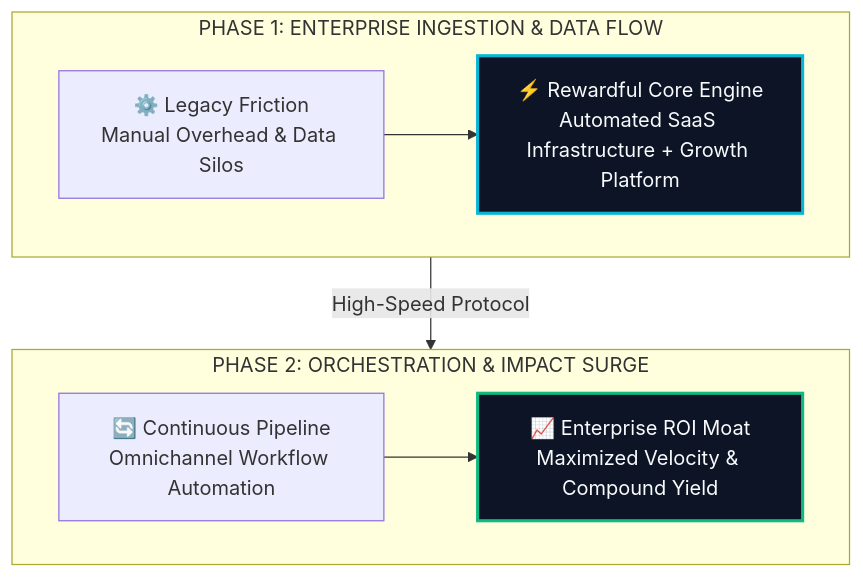
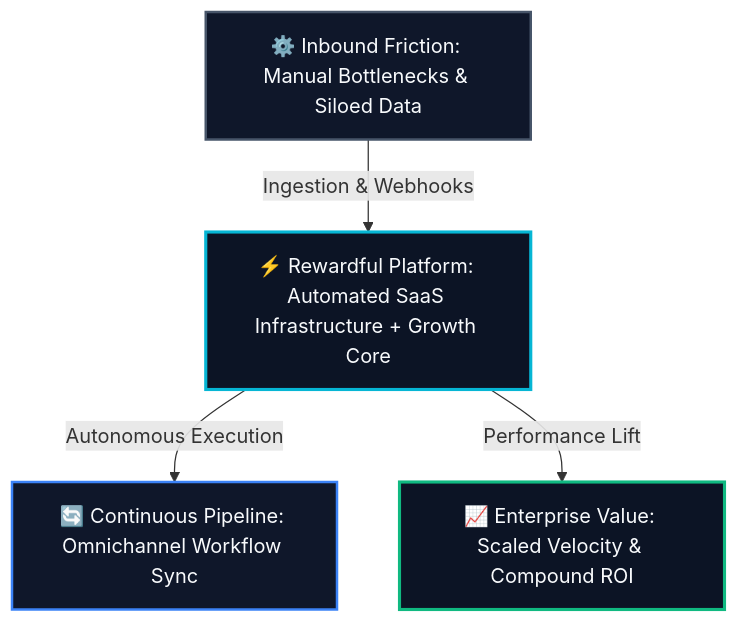
Before and after one commit to heliatech-media/saas-radar: the diagram in site/src/content/blog/rewardful-evolution-guide-2026.md, drawn with Mermaid. The commit also changed 93 other files, not shown here.

First line of the commit message:
fix(diagrams): resolve dagre-d3 subgraph collision by migrating to balanced 3-tier Hub & Spoke architecture

````diff
--- a/site/src/content/blog/rewardful-evolution-guide-2026.md
+++ b/site/src/content/blog/rewardful-evolution-guide-2026.md
@@ -100,14 +100,14 @@
 ```mermaid
 flowchart TD
-    subgraph S1["PHASE 1: ENTERPRISE INGESTION & DATA FLOW"]
-        direction LR
-        A["⚙️ Legacy Friction<br/>Manual Overhead & Data Silos"] --> B["⚡ Rewardful Core Engine<br/>Automated SaaS Infrastructure + Growth Platform"]
-    end
-    subgraph S2["PHASE 2: ORCHESTRATION & IMPACT SURGE"]
-        direction LR
-        C["🔄 Continuous Pipeline<br/>Omnichannel Workflow Automation"] --> D["📈 Enterprise ROI Moat<br/>Maximized Velocity & Compound Yield"]
-    end
-    S1 -->|High-Speed Protocol| S2
-    style B fill:#0c1425,stroke:#06b6d4,stroke-width:2.5px,color:#f8fafc
-    style D fill:#0c1425,stroke:#10b981,stroke-width:2.5px,color:#f8fafc
+    Inp["⚙️ Inbound Friction: Manual Bottlenecks & Siloed Data"]
+    Eng["⚡ Rewardful Platform: Automated SaaS Infrastructure + Growth Core"]
+    Out1["🔄 Continuous Pipeline: Omnichannel Workflow Sync"]
+    Out2["📈 Enterprise Value: Scaled Velocity & Compound ROI"]
+    Inp -->|Ingestion & Webhooks| Eng
+    Eng -->|Autonomous Execution| Out1
+    Eng -->|Performance Lift| Out2
+    style Inp fill:#0f172a,stroke:#475569,stroke-width:2px,color:#f8fafc
+    style Eng fill:#0c1425,stroke:#06b6d4,stroke-width:2.5px,color:#f8fafc
+    style Out1 fill:#0f172a,stroke:#3b82f6,stroke-width:2px,color:#f8fafc
+    style Out2 fill:#0c1425,stroke:#10b981,stroke-width:2.5px,color:#f8fafc
 ```
````
